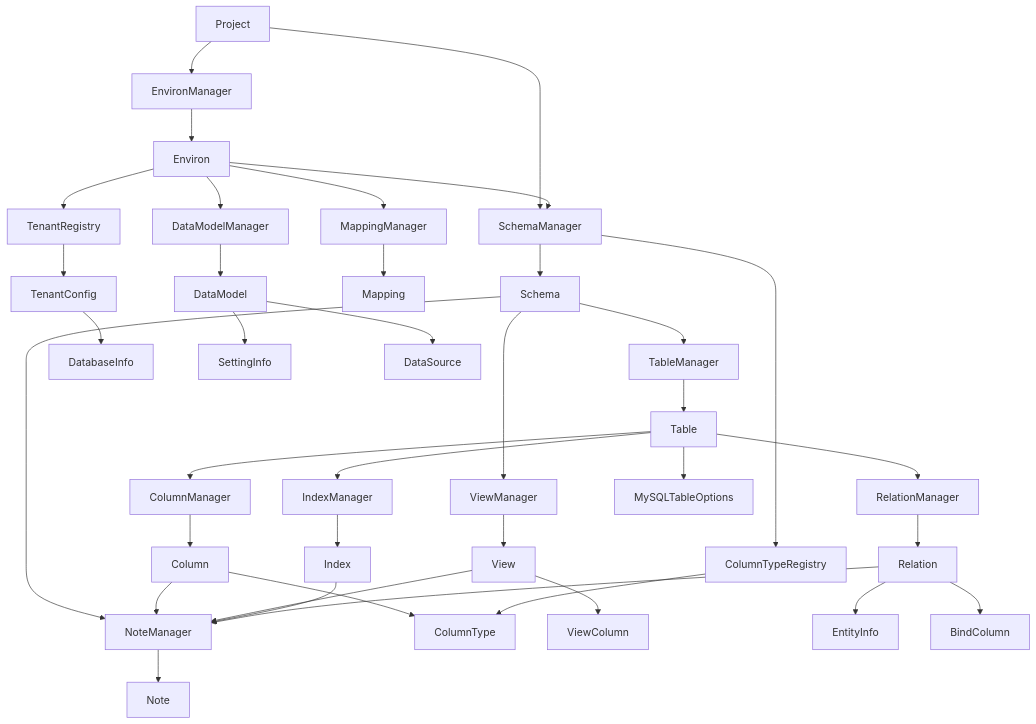
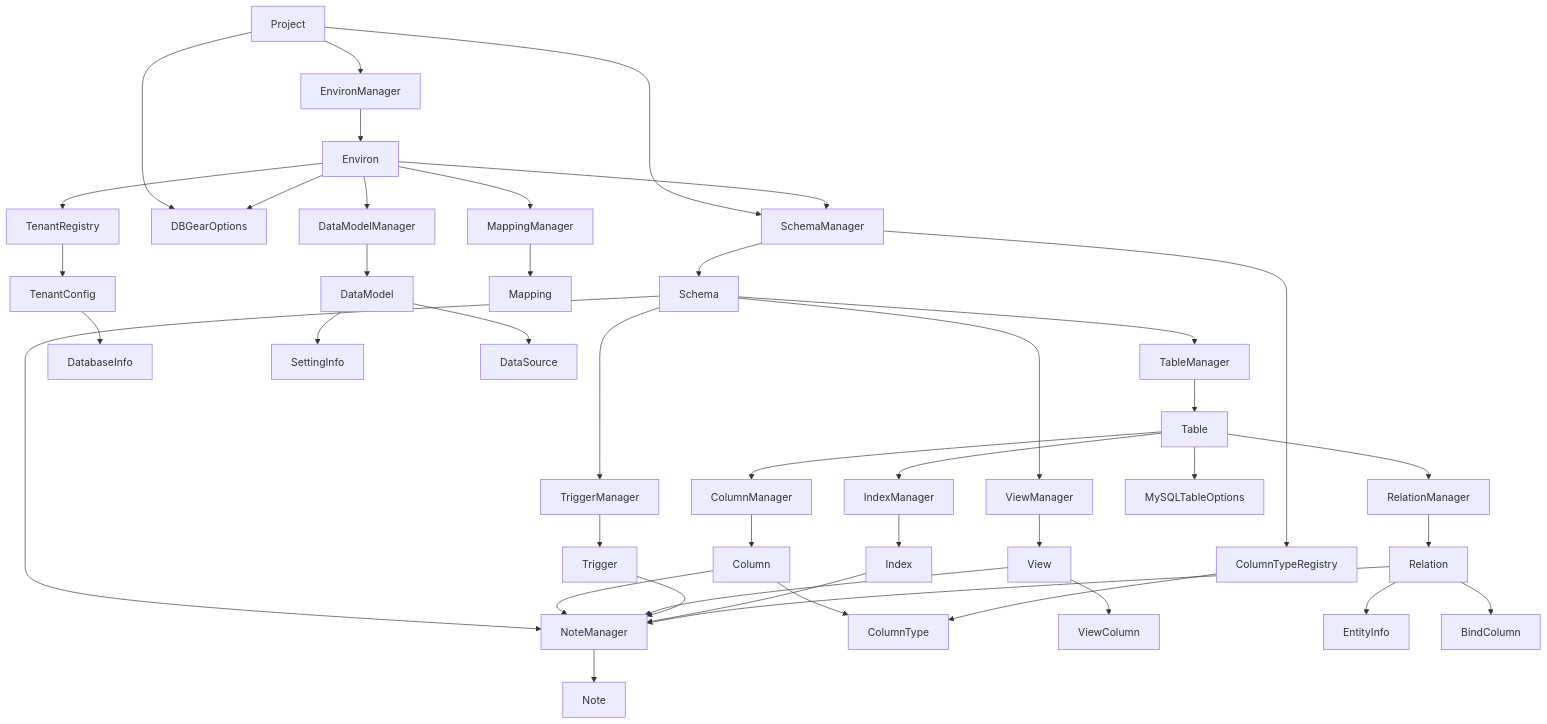
Before and after one commit to tamuto/dbgear: the diagram in docs/spec_model.md, drawn with Mermaid. The commit also changed other lines of this file and 8 other files, not shown here.

````diff
--- a/docs/spec_model.md
+++ b/docs/spec_model.md
@@ -17,65 +17,72 @@
 ```mermaid
 graph TD
     %% プロジェクトレベル
     Project --> SchemaManager
     Project --> EnvironManager
+    Project --> DBGearOptions
     
     %% スキーマレベル
     SchemaManager --> Schema
     Schema --> TableManager
     Schema --> ViewManager
+    Schema --> TriggerManager
     Schema --> NoteManager
     SchemaManager --> ColumnTypeRegistry
     
     %% テーブルレベル
     TableManager --> Table
     Table --> ColumnManager
     Table --> IndexManager
     Table --> RelationManager
     Table --> MySQLTableOptions
     
     %% カラムレベル
     ColumnManager --> Column
     Column --> ColumnType
     Column --> NoteManager
     
     %% ビューレベル
     ViewManager --> View
     View --> ViewColumn
     View --> NoteManager
     
+    %% トリガーレベル
+    TriggerManager --> Trigger
+    Trigger --> NoteManager
+    
     %% インデックスレベル
     IndexManager --> Index
     Index --> NoteManager
     
     %% リレーションレベル
     RelationManager --> Relation
     Relation --> EntityInfo
     Relation --> BindColumn
     Relation --> NoteManager
     
     %% 環境レベル
     EnvironManager --> Environ
     Environ --> SchemaManager
     Environ --> TenantRegistry
     Environ --> MappingManager
+    Environ --> DBGearOptions
     
     %% テナントレベル
     TenantRegistry --> TenantConfig
     TenantConfig --> DatabaseInfo
     
     %% マッピングレベル
     MappingManager --> Mapping
     
     %% データモデルレベル
     Environ --> DataModelManager
     DataModelManager --> DataModel
     DataModel --> SettingInfo
     DataModel --> DataSource
     
     %% タイプレジストリ
     ColumnTypeRegistry --> ColumnType
     
     %% ノートシステム
     NoteManager --> Note
 ```
````
